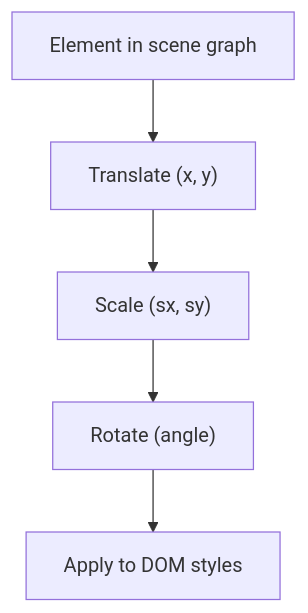
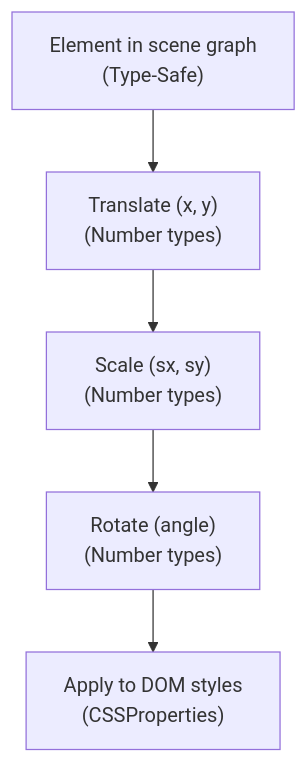
Before and after one commit to Anna0314zy/ai_editor_enginer: the sixth of 8 diagrams in .qoder/repowiki/en/content/Rendering System/Rendering System.md, drawn with Mermaid. The commit also changed other lines of this file and 10 other files, not shown here.

````diff
--- a/.qoder/repowiki/en/content/Rendering System/Rendering System.md
+++ b/.qoder/repowiki/en/content/Rendering System/Rendering System.md
@@ -228,7 +224,7 @@
 ```mermaid
 flowchart TD
-A["Element in scene graph"] --> B["Translate (x, y)"]
-B --> C["Scale (sx, sy)"]
-C --> D["Rotate (angle)"]
-D --> E["Apply to DOM styles"]
+A["Element in scene graph<br/>(Type-Safe)"] --> B["Translate (x, y)<br/>(Number types)"]
+B --> C["Scale (sx, sy)<br/>(Number types)"]
+C --> D["Rotate (angle)<br/>(Number types)"]
+D --> E["Apply to DOM styles<br/>(CSSProperties)"]
 ```
````
